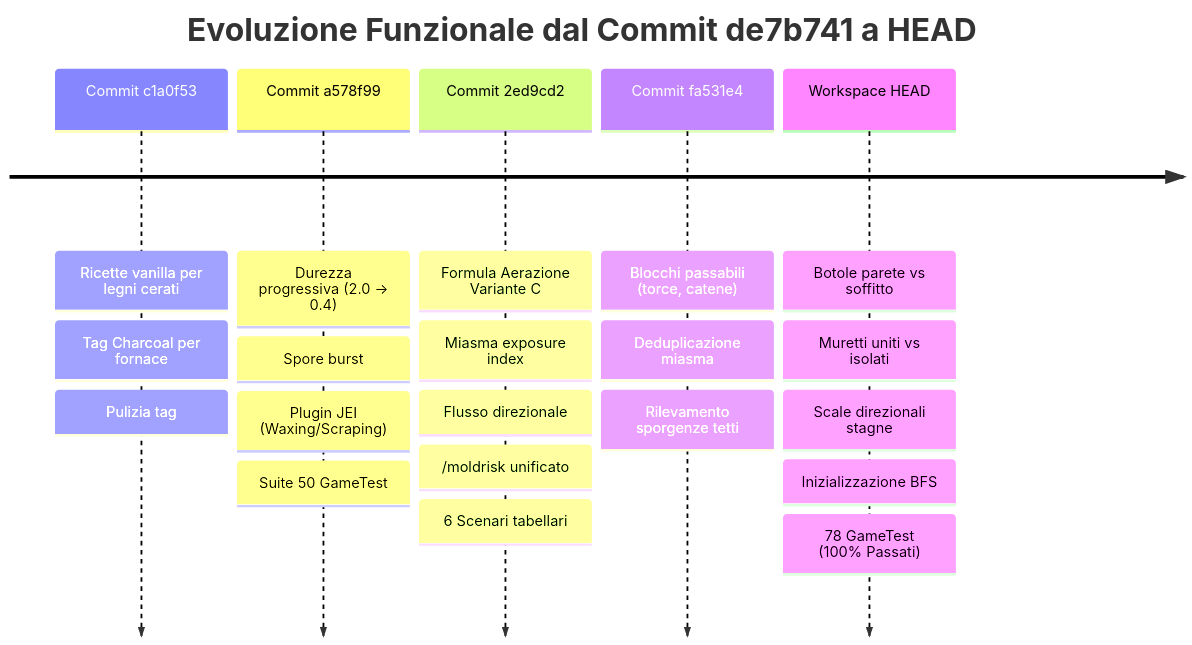
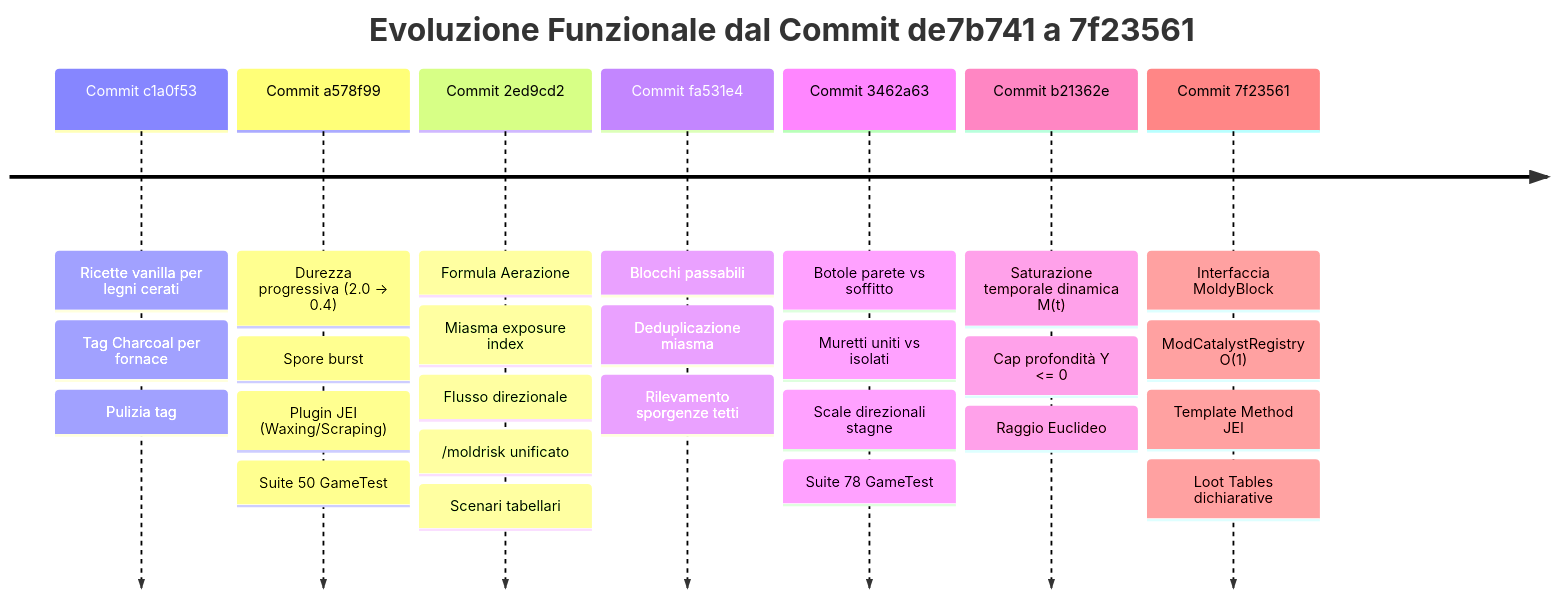
The first of 4 diagrams in docs/CHANGES_REPORT.md (rcky0802/spores--shadows), drawn with Mermaid before and after one commit. The commit also changed other lines of this file and 9 other files, not shown here.

````diff
--- a/docs/CHANGES_REPORT.md
+++ b/docs/CHANGES_REPORT.md
@@ -24,9 +25,11 @@
 ```mermaid
 timeline
-    title Evoluzione Funzionale dal Commit de7b741 a HEAD
+    title Evoluzione Funzionale dal Commit de7b741 a 7f23561
     Commit c1a0f53 : Ricette vanilla per legni cerati : Tag Charcoal per fornace : Pulizia tag
     Commit a578f99 : Durezza progressiva (2.0 -> 0.4) : Spore burst : Plugin JEI (Waxing/Scraping) : Suite 50 GameTest
-    Commit 2ed9cd2 : Formula Aerazione Variante C : Miasma exposure index : Flusso direzionale : /moldrisk unificato : 6 Scenari tabellari
-    Commit fa531e4 : Blocchi passabili (torce, catene) : Deduplicazione miasma : Rilevamento sporgenze tetti
-    Workspace HEAD : Botole parete vs soffitto : Muretti uniti vs isolati : Scale direzionali stagne : Inizializzazione BFS : 78 GameTest (100% Passati)
+    Commit 2ed9cd2 : Formula Aerazione : Miasma exposure index : Flusso direzionale : /moldrisk unificato : Scenari tabellari
+    Commit fa531e4 : Blocchi passabili : Deduplicazione miasma : Rilevamento sporgenze tetti
+    Commit 3462a63 : Botole parete vs soffitto : Muretti uniti vs isolati : Scale direzionali stagne : Suite 78 GameTest
+    Commit b21362e : Saturazione temporale dinamica M(t) : Cap profondità Y <= 0 : Raggio Euclideo
+    Commit 7f23561 : Interfaccia MoldyBlock : ModCatalystRegistry O(1) : Template Method JEI : Loot Tables dichiarative
 ```
````
